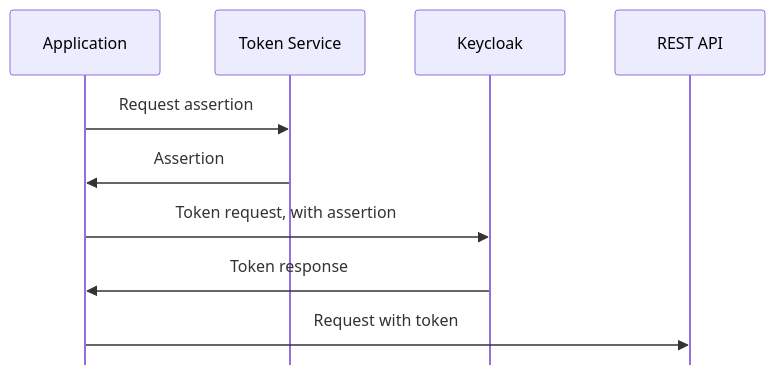
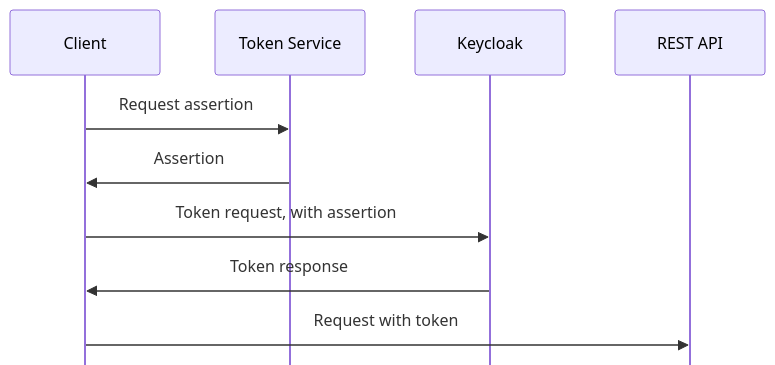
One commit to stianst/playground changed the first of 5 diagrams in seq/assertions.md. Above: the diagram before and after it, drawn with Mermaid. The commit also changed other lines of this file, not shown here.

````diff
--- a/seq/assertions.md
+++ b/seq/assertions.md
@@ -4,16 +4,16 @@
 ```mermaid
 ---
 config:
     mirrorActors: false
 ---
 sequenceDiagram
-    participant C as Application
+    participant C as Client
     participant TS as Token Service
     participant KC as Keycloak
     participant RS as REST API
     C->>TS: Request assertion
     TS->>C: Assertion
     C->>KC: Token request, with assertion
     KC->>C: Token response
     C->>RS: Request with token
 ```
````
